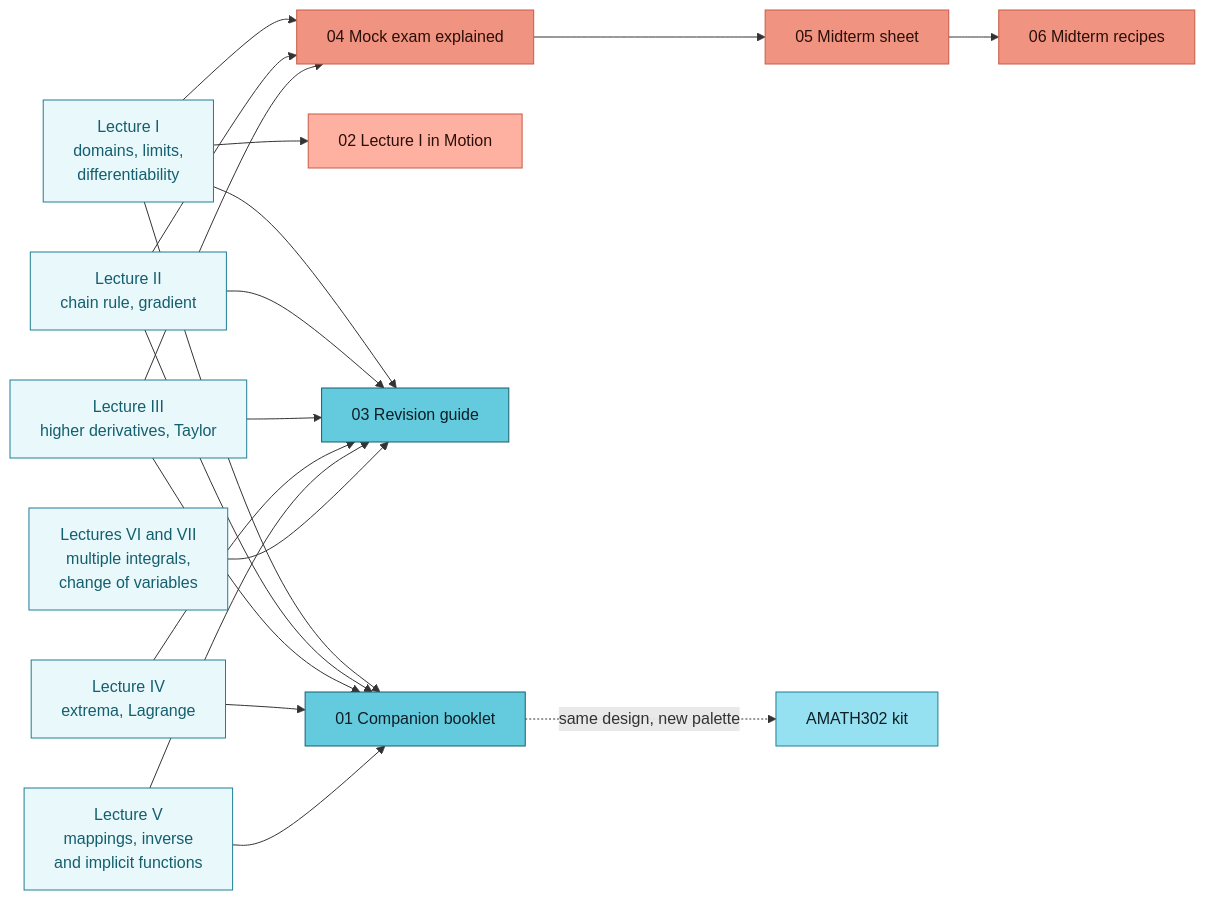
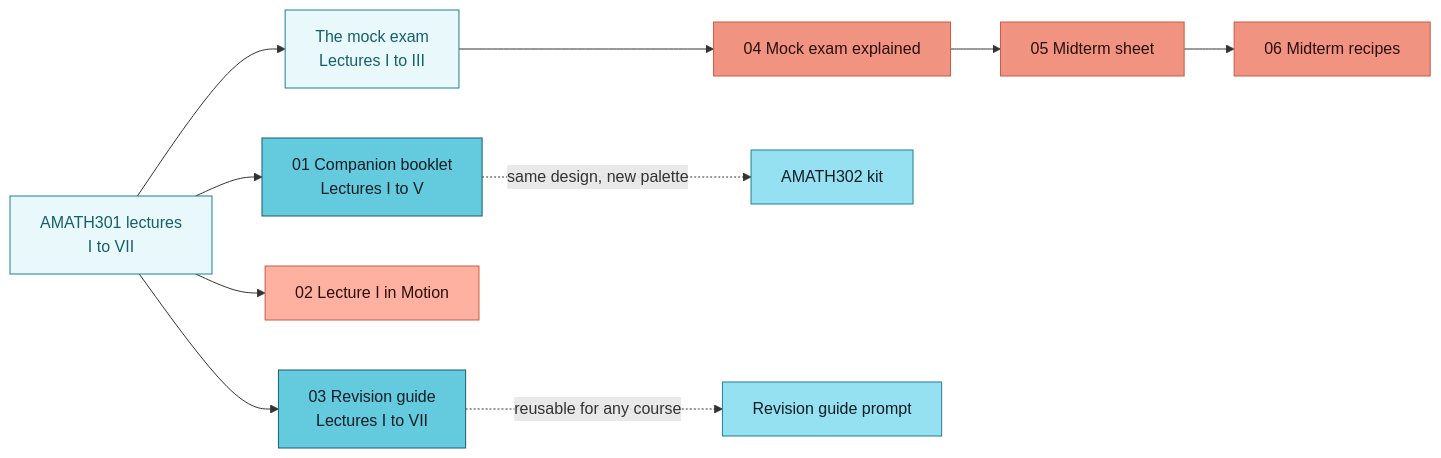
One commit to Tchniber1/Latex-templates changed the diagram in math-courses/README.md. Above: the diagram before and after it, drawn with Mermaid.

Commit message:
Simplify the course map in the math-courses README
Claude-Session: https://claude.ai/code/session_01Venm8tVzzKcto4CEaa5y38

````diff
--- a/math-courses/README.md
+++ b/math-courses/README.md
@@ -31,29 +31,26 @@
 ```mermaid
 flowchart LR
-    L1["Lecture I<br/>domains, limits,<br/>differentiability"]:::lec
-    L2["Lecture II<br/>chain rule, gradient"]:::lec
-    L3["Lecture III<br/>higher derivatives, Taylor"]:::lec
-    L4["Lecture IV<br/>extrema, Lagrange"]:::lec
-    L5["Lecture V<br/>mappings, inverse<br/>and implicit functions"]:::lec
-    L67["Lectures VI and VII<br/>multiple integrals,<br/>change of variables"]:::lec
-
-    C["01 Companion booklet"]:::doc
+    A["AMATH301 lectures<br/>I to VII"]:::lec
+    MX["The mock exam<br/>Lectures I to III"]:::lec
+    C["01 Companion booklet<br/>Lectures I to V"]:::doc
     V["02 Lecture I in Motion"]:::anim
-    G["03 Revision guide"]:::doc
+    G["03 Revision guide<br/>Lectures I to VII"]:::doc
     M["04 Mock exam explained"]:::exam
     S["05 Midterm sheet"]:::exam
     R["06 Midterm recipes"]:::exam
     K["AMATH302 kit"]:::kit
+    P["Revision guide prompt"]:::kit
 
-    L1 --> V
-    L1 & L2 & L3 & L4 & L5 --> C
-    L1 & L2 & L3 & L4 & L5 & L67 --> G
-    L1 & L2 & L3 --> M --> S --> R
+    A --> C
+    A --> V
+    A --> G
+    A --> MX --> M --> S --> R
     C -. same design, new palette .-> K
+    G -. reusable for any course .-> P
 
     classDef lec fill:#E9F8FB,stroke:#1F7F92,color:#145F6E
     classDef doc fill:#64CADE,stroke:#145F6E,color:#0E1E24
     classDef exam fill:#F19381,stroke:#C95A46,color:#2A0F0A
     classDef anim fill:#FFB1A1,stroke:#C95A46,color:#2A0F0A
     classDef kit fill:#95E1F1,stroke:#1F7F92,color:#0E1E24
 ```
````
